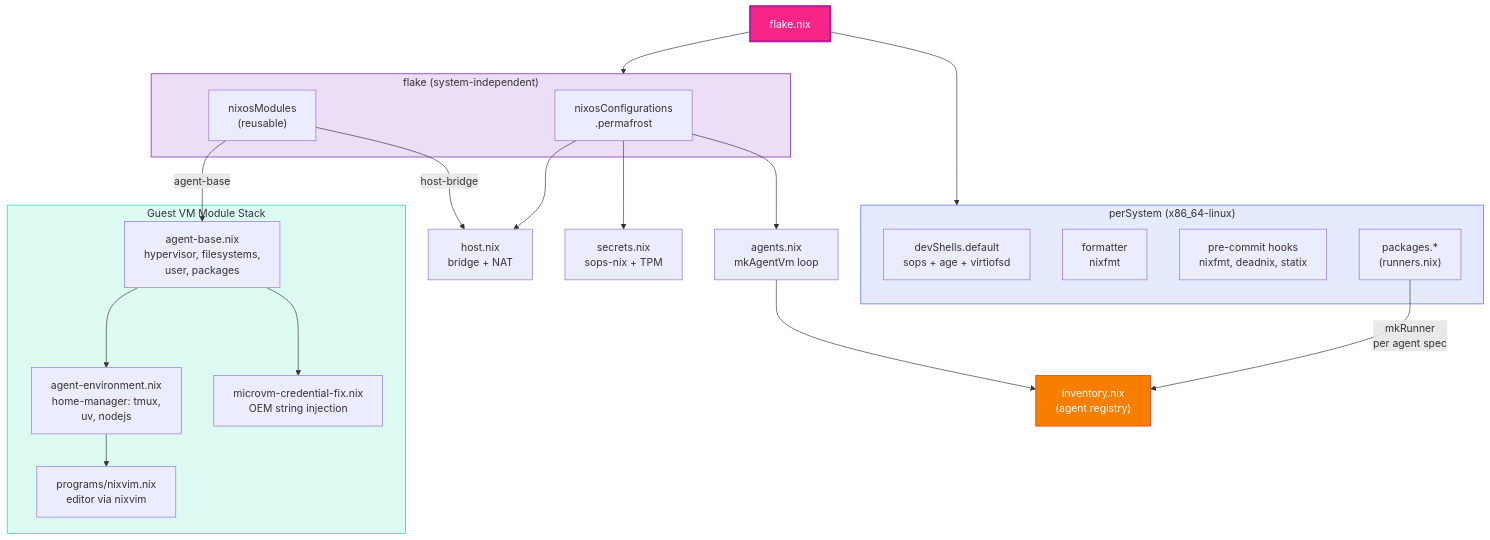
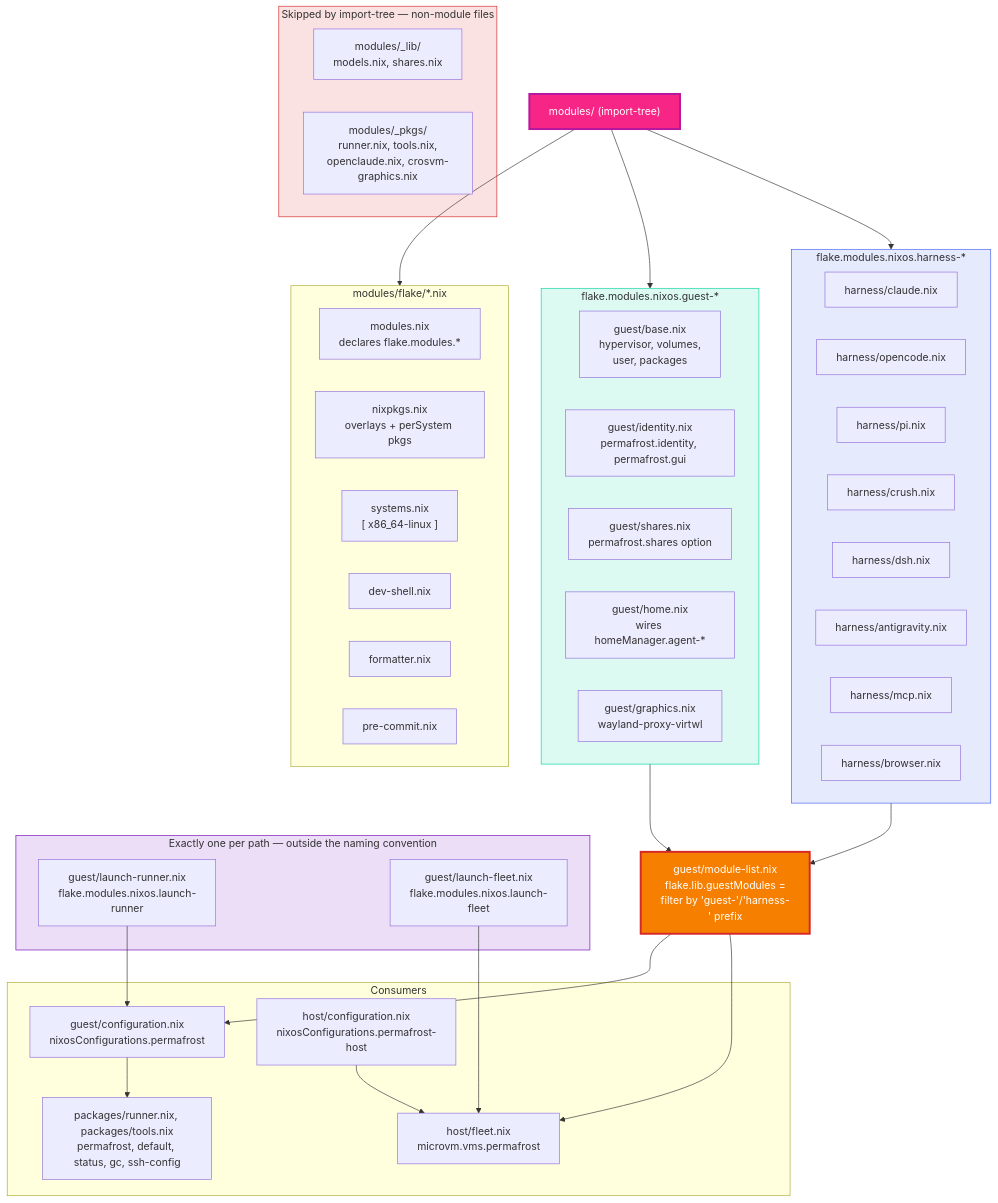
Before and after one commit to tenarches/nix-permafrost: the second of 6 diagrams in docs/architecture.md, drawn with Mermaid. The commit also changed other lines of this file, not shown here.

First line of the commit message:
docs: rewrite architecture.md for the dendritic module tree

````diff
--- a/docs/architecture.md
+++ b/docs/architecture.md
@@ -51,46 +72,70 @@
 ```mermaid
 graph TD
-    FLAKE["flake.nix"]
+    TREE["modules/ (import-tree)"]
 
-    subgraph PER_SYSTEM["perSystem (x86_64-linux)"]
-        DEVSHELL["devShells.default<br/>sops + age + virtiofsd"]
-        FMT["formatter<br/>nixfmt"]
-        HOOKS["pre-commit hooks<br/>nixfmt, deadnix, statix"]
-        RUNNERS["packages.*<br/>(runners.nix)"]
+    subgraph SKIPPED["Skipped by import-tree — non-module files"]
+        LIB["modules/_lib/<br/>models.nix, shares.nix"]
+        PKGS["modules/_pkgs/<br/>runner.nix, tools.nix,<br/>openclaude.nix, crosvm-graphics.nix"]
     end
 
-    subgraph FLAKE_WIDE["flake (system-independent)"]
-        NIXOS_CFG["nixosConfigurations<br/>.permafrost"]
-        MODULES["nixosModules<br/>(reusable)"]
+    subgraph FLAKEINFRA["modules/flake/*.nix"]
+        MODOPT["modules.nix<br/>declares flake.modules.*"]
+        NPK["nixpkgs.nix<br/>overlays + perSystem pkgs"]
+        SYS["systems.nix<br/>[ x86_64-linux ]"]
+        DS["dev-shell.nix"]
+        FMT["formatter.nix"]
+        PC["pre-commit.nix"]
     end
 
-    FLAKE --> PER_SYSTEM
-    FLAKE --> FLAKE_WIDE
-
-    RUNNERS -->|"mkRunner<br/>per agent spec"| INV["inventory.nix<br/>(agent registry)"]
-
-    NIXOS_CFG --> HOST_MOD["host.nix<br/>bridge + NAT"]
-    NIXOS_CFG --> SEC_MOD["secrets.nix<br/>sops-nix + TPM"]
-    NIXOS_CFG --> AGT_MOD["agents.nix<br/>mkAgentVm loop"]
-    AGT_MOD --> INV
-
-    subgraph GUEST_MODULES["Guest VM Module Stack"]
-        AB["agent-base.nix<br/>hypervisor, filesystems,<br/>user, packages"]
-        AE["agent-environment.nix<br/>home-manager: tmux,<br/>uv, nodejs"]
-        NVIM["programs/nixvim.nix<br/>editor via nixvim"]
-        CRED["microvm-credential-fix.nix<br/>OEM string injection"]
+    subgraph GUESTMOD["flake.modules.nixos.guest-*"]
+        BASE["guest/base.nix<br/>hypervisor, volumes,<br/>user, packages"]
+        IDENT["guest/identity.nix<br/>permafrost.identity, permafrost.gui"]
+        SHARE["guest/shares.nix<br/>permafrost.shares option"]
+        HOMEC["guest/home.nix<br/>wires homeManager.agent-*"]
+        GFX["guest/graphics.nix<br/>wayland-proxy-virtwl"]
     end
 
-    AB --> AE
-    AE --> NVIM
-    AB --> CRED
+    subgraph HARNESSMOD["flake.modules.nixos.harness-*"]
+        CLAUDE["harness/claude.nix"]
+        OC["harness/opencode.nix"]
+        PI["harness/pi.nix"]
+        CRUSH["harness/crush.nix"]
+        DSH["harness/dsh.nix"]
+        AG["harness/antigravity.nix"]
+        MCP["harness/mcp.nix"]
+        BR["harness/browser.nix"]
+    end
 
-    MODULES -->|"agent-base"| AB
-    MODULES -->|"host-bridge"| HOST_MOD
+    LIST["guest/module-list.nix<br/>flake.lib.guestModules =<br/>filter by 'guest-'/'harness-' prefix"]
 
-    style FLAKE fill:#f72585,stroke:#b5179e,color:#fff,stroke-width:3px
-    style PER_SYSTEM fill:#4361ee22,stroke:#4361ee
-    style FLAKE_WIDE fill:#7209b722,stroke:#7209b7
-    style GUEST_MODULES fill:#06d6a022,stroke:#06d6a0
-    style INV fill:#f77f00,stroke:#d62828,color:#fff
+    subgraph LAUNCH["Exactly one per path — outside the naming convention"]
+        RUN["guest/launch-runner.nix<br/>flake.modules.nixos.launch-runner"]
+        FLT["guest/launch-fleet.nix<br/>flake.modules.nixos.launch-fleet"]
+    end
+
+    subgraph OUTPUTS["Consumers"]
+        GCFG["guest/configuration.nix<br/>nixosConfigurations.permafrost"]
+        HCFG["host/configuration.nix<br/>nixosConfigurations.permafrost-host"]
+        HFLEET["host/fleet.nix<br/>microvm.vms.permafrost"]
+        PKGOUT["packages/runner.nix, packages/tools.nix<br/>permafrost, default, status, gc, ssh-config"]
+    end
+
+    TREE --> FLAKEINFRA
+    TREE --> GUESTMOD
+    TREE --> HARNESSMOD
+    GUESTMOD --> LIST
+    HARNESSMOD --> LIST
+    LIST --> GCFG
+    LIST --> HFLEET
+    RUN --> GCFG
+    FLT --> HFLEET
+    GCFG --> PKGOUT
+    HCFG --> HFLEET
+
+    style TREE fill:#f72585,stroke:#b5179e,color:#fff,stroke-width:3px
+    style SKIPPED fill:#d6282822,stroke:#d62828
+    style LIST fill:#f77f00,stroke:#d62828,color:#fff,stroke-width:3px
+    style GUESTMOD fill:#06d6a022,stroke:#06d6a0
+    style HARNESSMOD fill:#4361ee22,stroke:#4361ee
+    style LAUNCH fill:#7209b722,stroke:#7209b7
 ```
````
